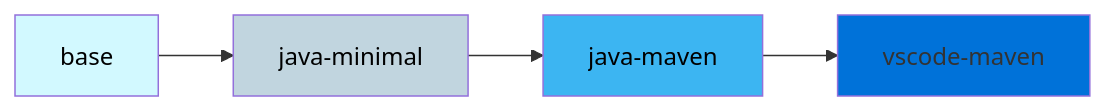
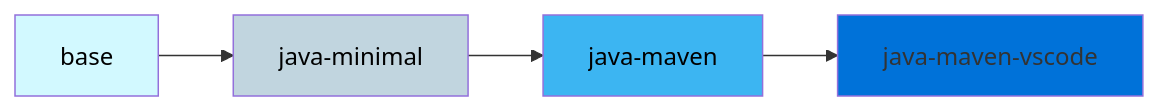
Before and after one commit to lias-laboratory/onyxia-images-dev: the diagram in README.md, drawn with Mermaid.

Commit message:
Fix java layout

````diff
--- a/README.md
+++ b/README.md
@@ -9,10 +9,10 @@
 ```mermaid
   graph LR;
       B[base]:::base-->JAVA_MINIMAL[java-minimal]:::minimal;
       JAVA_MINIMAL-->JAVA_MAVEN[java-maven]:::package;
-      JAVA_MAVEN--> VSCODE_MAVEN[vscode-maven]:::ide;
+      JAVA_MAVEN--> VSCODE_MAVEN[java-maven-vscode]:::ide;
       classDef base fill:#d2f9ff,color:#000  ;
       classDef minimal fill:#C1D5DF,color:#000;
       classDef package fill:#3cb5f2 ,color:#000  ;
       classDef ide fill:#0072d9  ;
 ```
````
